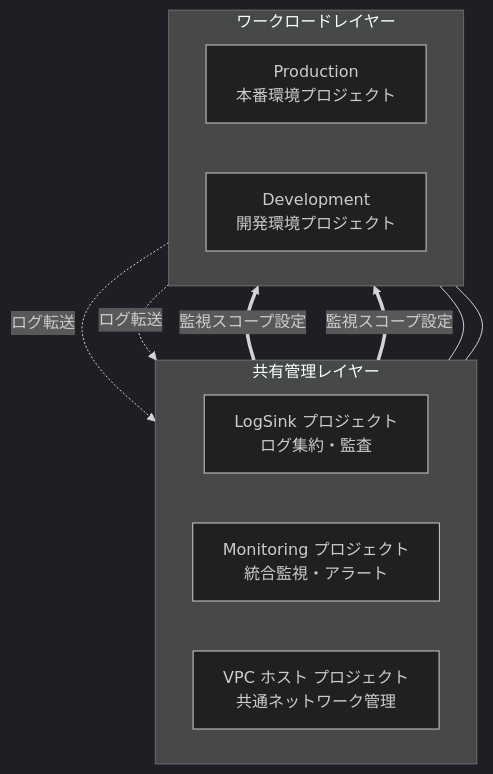
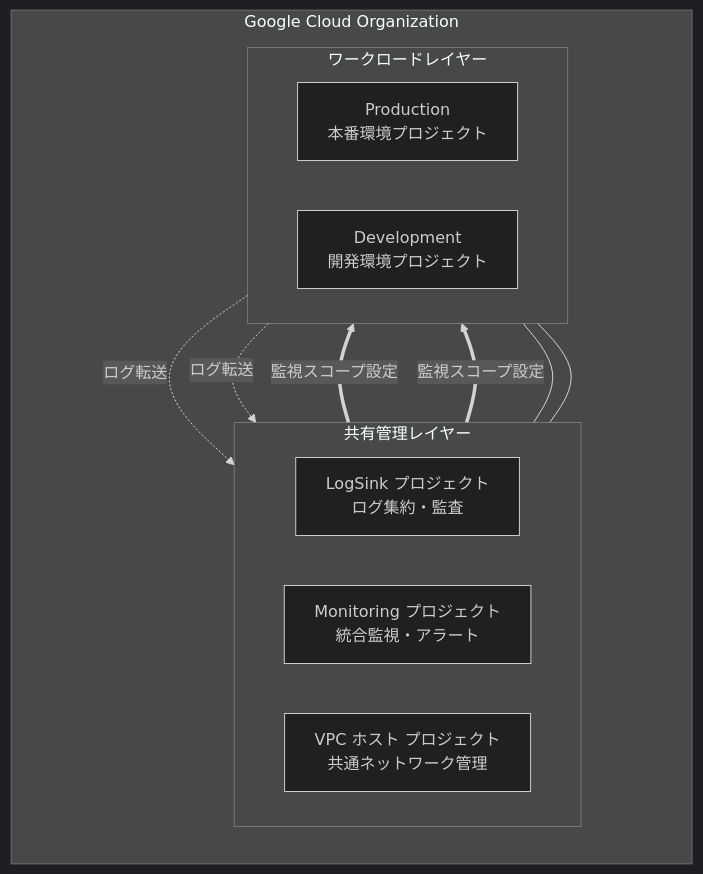
The diagram in docs/design/architecture.md (ea-Mitsuoka/gcp-foundations), drawn with Mermaid (dark theme) before and after one commit.

Commit message:
docs: wrap architecture diagram with Google Cloud Organization box

````diff
--- a/docs/design/architecture.md
+++ b/docs/design/architecture.md
@@ -19,28 +19,32 @@
 ```mermaid
 flowchart TD
-    %% 管理プロジェクトレイヤー（上側）
-    subgraph Core [共有管理レイヤー]
-        direction LR
-        LogSink[LogSink プロジェクト<br/>ログ集約・監査]
-        Mon[Monitoring プロジェクト<br/>統合監視・アラート]
-        Net[VPC ホスト プロジェクト<br/>共通ネットワーク管理]
+    subgraph Org [Google Cloud Organization]
+        direction TB
+
+        %% 管理プロジェクトレイヤー（上側）
+        subgraph Core [共有管理レイヤー]
+            direction LR
+            LogSink[LogSink プロジェクト<br/>ログ集約・監査]
+            Mon[Monitoring プロジェクト<br/>統合監視・アラート]
+            Net[VPC ホスト プロジェクト<br/>共通ネットワーク管理]
+        end
+
+        %% ワークロードレイヤー（下側）
+        subgraph Workloads [ワークロードレイヤー]
+            direction LR
+            Prod[Production<br/>本番環境プロジェクト]
+            Dev[Development<br/>開発環境プロジェクト]
+        end
+
+        %% 関係性
+        %% 監視・統制（上から下）
+        Mon ==>|監視スコープ設定| Prod
+        Mon ==>|監視スコープ設定| Dev
+        Net --- Prod
+        Net --- Dev
+
+        %% データフロー（下から上へのログ転送などは点線で表現）
+        Prod -.->|ログ転送| LogSink
+        Dev -.->|ログ転送| LogSink
     end
-
-    %% ワークロードレイヤー（下側）
-    subgraph Workloads [ワークロードレイヤー]
-        direction LR
-        Prod[Production<br/>本番環境プロジェクト]
-        Dev[Development<br/>開発環境プロジェクト]
-    end
-
-    %% 関係性
-    %% 監視・統制（上から下）
-    Mon ==>|監視スコープ設定| Prod
-    Mon ==>|監視スコープ設定| Dev
-    Net --- Prod
-    Net --- Dev
-
-    %% データフロー（下から上へのログ転送などは点線で表現）
-    Prod -.->|ログ転送| LogSink
-    Dev -.->|ログ転送| LogSink
 ```
````
